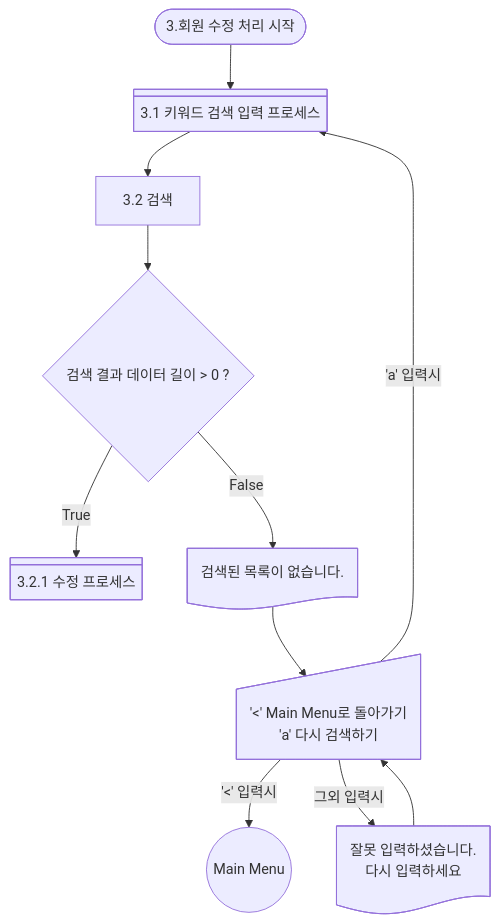
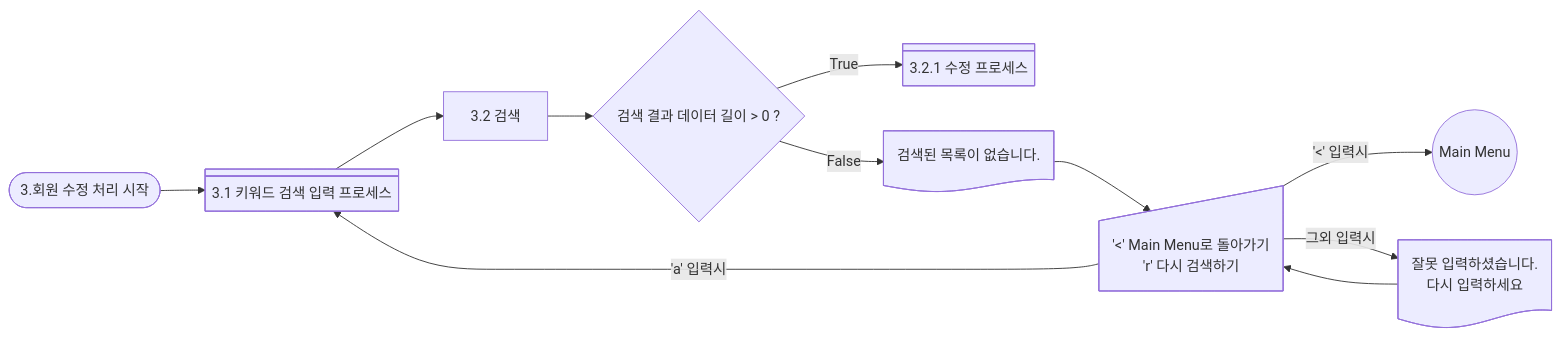
The diagram in docs/1stSubject_flowchart03_update_3.0.md (Happy-o3ov/big20-python-project1-team3), drawn with Mermaid before and after one commit. The commit also changed 14 other files, not shown here.

Commit message:
flowchart file clean up + capture images

````diff
--- a/docs/1stSubject_flowchart03_update_3.0.md
+++ b/docs/1stSubject_flowchart03_update_3.0.md
@@ -2,15 +2,15 @@
 ```mermaid
-graph TD
+graph LR
    %% 3. 회원 수정 처리 
    Update([3.회원 수정 처리 시작]) --> searchCondition@{ shape: div-rect, label: "3.1 키워드 검색 입력 프로세스" } 
    searchCondition --> searching[3.2 검색]
    searching --> searchResult{ 검색 결과 데이터 길이 > 0 ? }
    searchResult -- True --> updateItemNoChoice@{ shape: div-rect, label: "3.2.1 수정 프로세스" } 
    searchResult -- False --> printNoSearch@{ shape: doc, label: "검색된 목록이 없습니다."};
-      printNoSearch --> inputAction@{ shape: sl-rect, label: "'<' Main Menu로 돌아가기 <br> 'a' 다시 검색하기 "}
+      printNoSearch --> inputAction@{ shape: sl-rect, label: "'<' Main Menu로 돌아가기 <br> 'r' 다시 검색하기 "}
       inputAction -- 'a' 입력시 --> searchCondition
       inputAction -- '<' 입력시 --> MainMenu((Main Menu))
       inputAction -- 그외 입력시 --> errorInputPrint@{ shape: doc, label: "잘못 입력하셨습니다. <br> 다시 입력하세요"};
       errorInputPrint --> inputAction    
   
  ```
````
